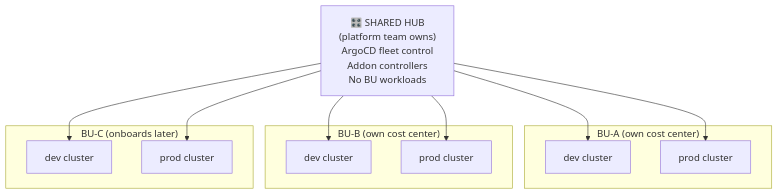
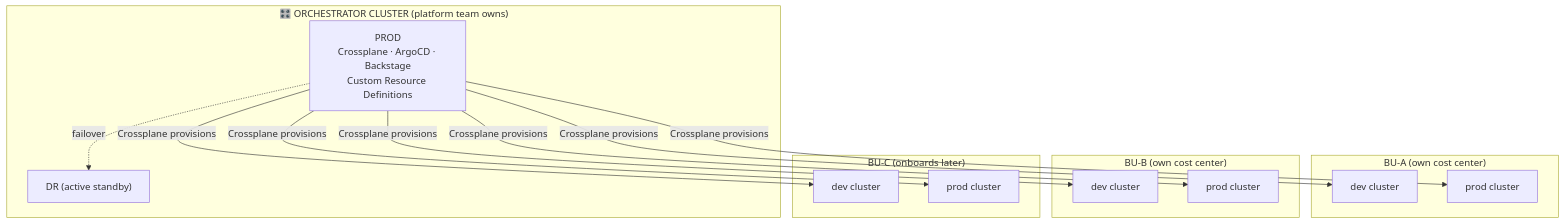
The second of 5 diagrams in .github/README.md (urukube/.github), drawn with Mermaid before and after one commit. The commit also changed other lines of this file, not shown here.

First line of the commit message:
docs(readme): introduce Orchestrator Cluster with Crossplane + CRD model

````diff
--- a/.github/README.md
+++ b/.github/README.md
@@ -115,26 +115,30 @@
 ```mermaid
 graph TD
-    HUB["🎛️ SHARED HUB\n(platform team owns)\nArgoCD fleet control\nAddon controllers\nNo BU workloads"]
+    subgraph ORCH["🎛️ ORCHESTRATOR CLUSTER  (platform team owns)"]
+        ORCH_PROD["PROD\nCrossplane · ArgoCD · Backstage\nCustom Resource Definitions"]
+        ORCH_DR["DR  (active standby)"]
+        ORCH_PROD -.->|failover| ORCH_DR
+    end
 
     subgraph BUA["BU-A  (own cost center)"]
         A_DEV["dev cluster"]
         A_PROD["prod cluster"]
     end
 
     subgraph BUB["BU-B  (own cost center)"]
         B_DEV["dev cluster"]
         B_PROD["prod cluster"]
     end
 
     subgraph BUC["BU-C  (onboards later)"]
         C_DEV["dev cluster"]
         C_PROD["prod cluster"]
     end
 
-    HUB --> A_DEV
-    HUB --> A_PROD
-    HUB --> B_DEV
-    HUB --> B_PROD
-    HUB --> C_DEV
-    HUB --> C_PROD
+    ORCH_PROD -->|Crossplane provisions| A_DEV
+    ORCH_PROD -->|Crossplane provisions| A_PROD
+    ORCH_PROD -->|Crossplane provisions| B_DEV
+    ORCH_PROD -->|Crossplane provisions| B_PROD
+    ORCH_PROD -->|Crossplane provisions| C_DEV
+    ORCH_PROD -->|Crossplane provisions| C_PROD
 ```
````
